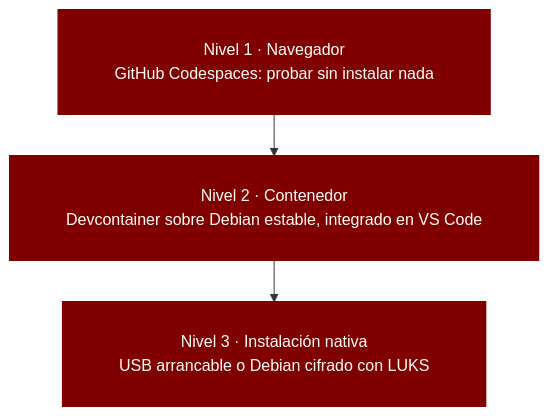
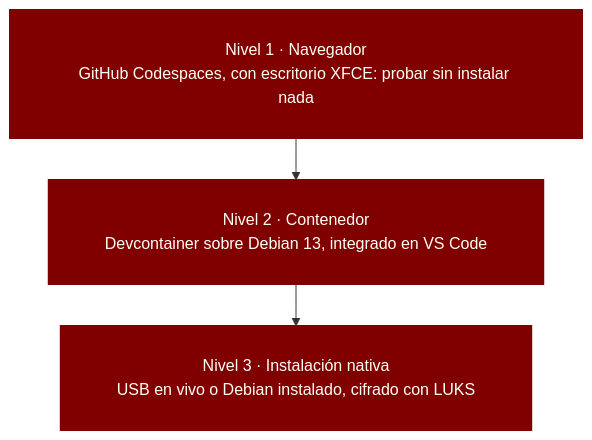
The diagram in entorno.qmd (nuevasomosaguas/nuevasomosaguas.github.io), drawn with Mermaid before and after one commit. The commit also changed other lines of this file, not shown here.

Commit message:
El entorno, al día: Codespaces con escritorio, devcontainer, la ISO en vivo con instalador, Tinymist y la verificación

````diff
--- a/entorno.qmd
+++ b/entorno.qmd
@@ -62,15 +62,15 @@
 ```{mermaid}
 %%| label: fig-niveles
 %%| fig-cap: "Las tres puertas de entrada al entorno, de menor a mayor compromiso."
 
 %%{init: {"flowchart": {"nodeSpacing": 26, "rankSpacing": 42, "padding": 28, "wrappingWidth": 460, "useMaxWidth": true}}}%%
 flowchart TB
-    N1["Nivel 1 · Navegador<br/>GitHub Codespaces: probar sin instalar nada"]
-    N2["Nivel 2 · Contenedor<br/>Devcontainer sobre Debian estable, integrado en VS Code"]
-    N3["Nivel 3 · Instalación nativa<br/>USB arrancable o Debian cifrado con LUKS"]
+    N1["Nivel 1 · Navegador<br/>GitHub Codespaces, con escritorio XFCE: probar sin instalar nada"]
+    N2["Nivel 2 · Contenedor<br/>Devcontainer sobre Debian 13, integrado en VS Code"]
+    N3["Nivel 3 · Instalación nativa<br/>USB en vivo o Debian instalado, cifrado con LUKS"]
 
     N1 --> N2 --> N3
 
     classDef nivel fill:#800000,stroke:#800000,stroke-width:2px,color:#fffff8
     class N1,N2,N3 nivel
 ```
````
